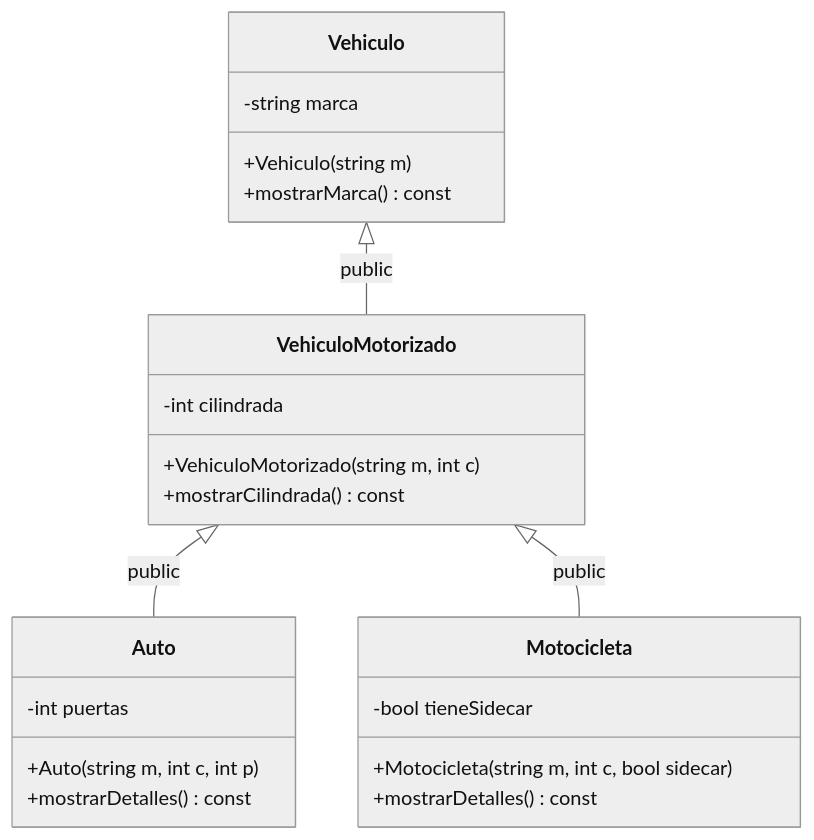
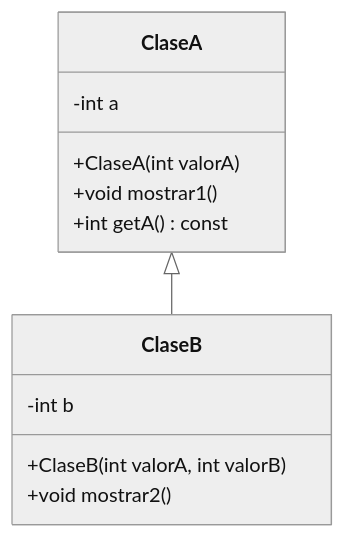
The first of 4 diagrams in poo1-herencia.md (yoanpinzon/POO), drawn with Mermaid (neutral theme) before and after one commit. The commit also changed other lines of this file, not shown here.

````diff
--- a/poo1-herencia.md
+++ b/poo1-herencia.md
@@ -553,30 +234,11 @@
 ```mermaid
 classDiagram
-    class Vehiculo {
-        -string marca
-        +Vehiculo(string m)
-        +mostrarMarca() const
-    }
-    
-    class VehiculoMotorizado {
-        -int cilindrada
-        +VehiculoMotorizado(string m, int c)
-        +mostrarCilindrada() const
-    }
-    
-    class Auto {
-        -int puertas
-        +Auto(string m, int c, int p)
-        +mostrarDetalles() const
-    }
-    
-    class Motocicleta {
-        -bool tieneSidecar
-        +Motocicleta(string m, int c, bool sidecar)
-        +mostrarDetalles() const
-    }
-
-    Vehiculo <|-- VehiculoMotorizado : public
-    VehiculoMotorizado <|-- Auto : public
-    VehiculoMotorizado <|-- Motocicleta : public
+    ClaseA <|-- ClaseB
+    ClaseA : -int a
+    ClaseA : +ClaseA(int valorA)
+    ClaseA : +void mostrar1()
+    ClaseA : +int getA() const
+    ClaseB : -int b
+    ClaseB : +ClaseB(int valorA, int valorB)
+    ClaseB : +void mostrar2()
 ```
````
